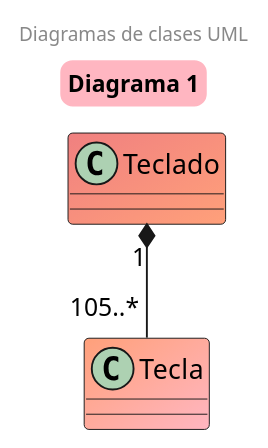
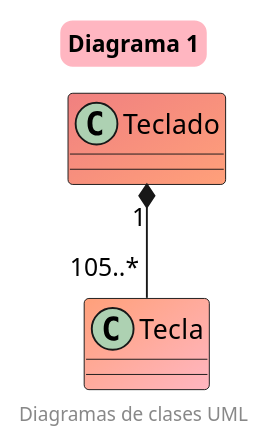
Before and after one commit to MagiaGatuna/IS-PRACTICAS: the diagram in docs/diagrams/ClassDiagrams/Diagrama1.plantuml, drawn with PlantUML. The commit also changed 2 other files, not shown here.

```diff
--- a/docs/diagrams/ClassDiagrams/Diagrama1.plantuml
+++ b/docs/diagrams/ClassDiagrams/Diagrama1.plantuml
@@ -1,22 +1,22 @@
 @startuml Diagrama1
 ' 1. Un teclado tiene por lo menos 105 teclas 
 skinparam Title{
     BorderRoundCorner 15
     BorderThickness 2
     fontsize 12
     BorderColor lighSalmon
     BackgroundColor lightPink
     TitleFontColor DarkSlateGray
 }
 
-header 
+footer 
     Diagramas de clases UML
-endheader
+endfooter
 
 Title Diagrama 1
 
 class Teclado #LightCoral/LightSalmon { }
 class Tecla #LightSalmon/LightPink { }  
 
 Teclado "1" *-- "105..*" Tecla 
 @enduml
```
